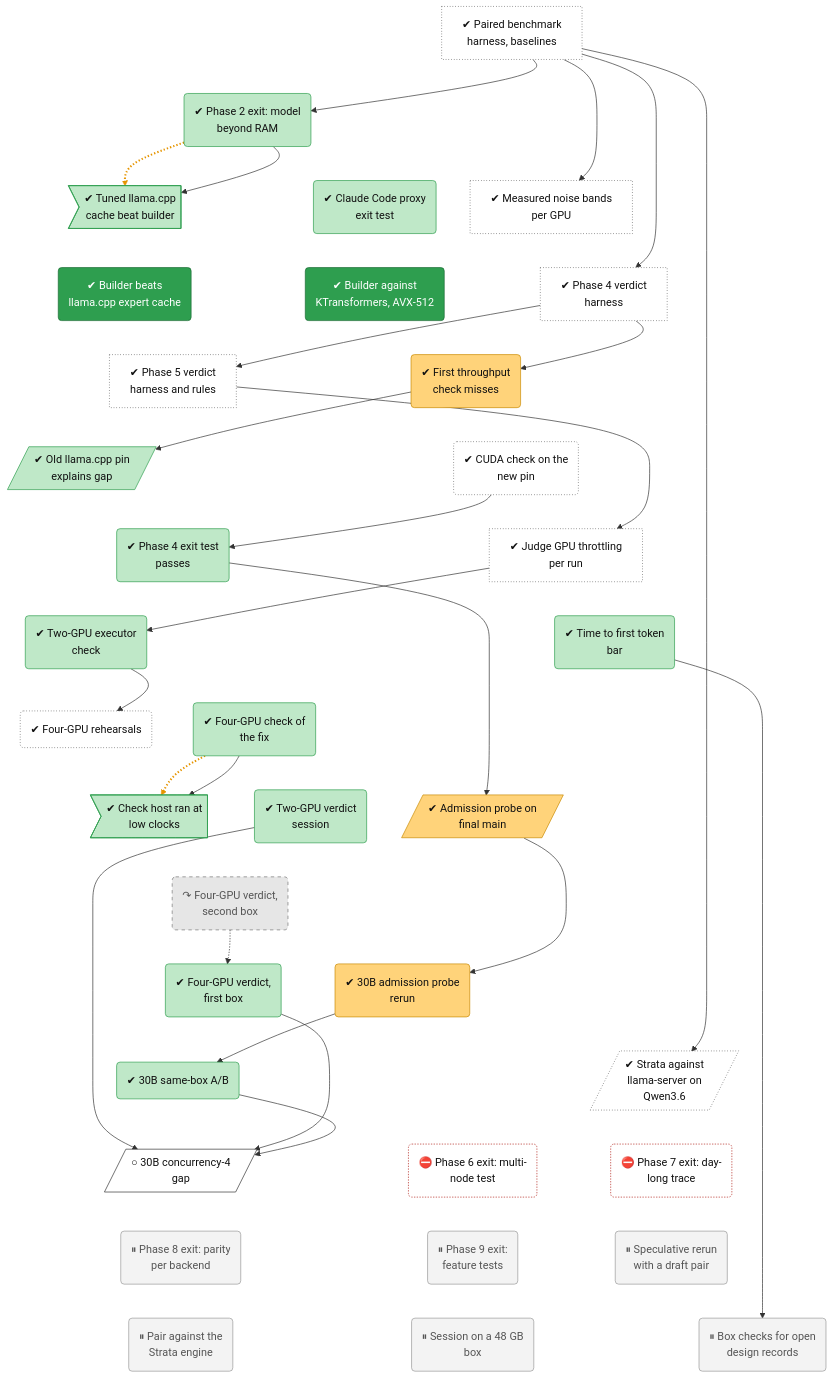
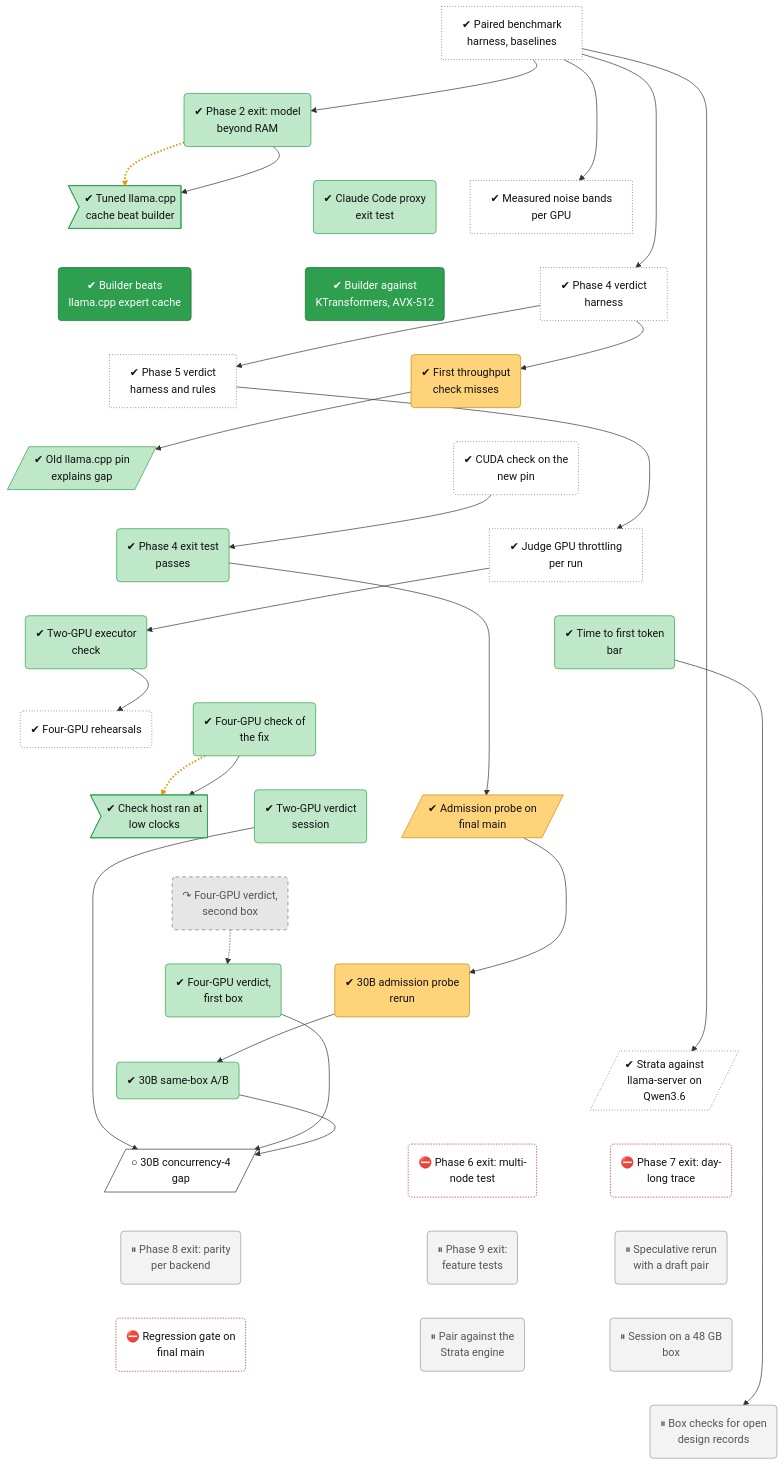
The diagram in docs/roadmap/tracks/bench.md (lhns/tetraeder), drawn with Mermaid before and after one commit. The commit also changed other lines of this file and 9 other files, not shown here.

````diff
--- a/docs/roadmap/tracks/bench.md
+++ b/docs/roadmap/tracks/bench.md
@@ -41,6 +41,7 @@
     bench_phase8_exit("⏸ Phase 8 exit: parity<br/>per backend")
     bench_phase9_exit("⏸ Phase 9 exit:<br/>feature tests")
     bench_spec_rerun("⏸ Speculative rerun<br/>with a draft pair")
+    bench_regression_gate("⛔ Regression gate on<br/>final main")
     bench_strata_pairing("⏸ Pair against the<br/>Strata engine")
     bench_d1_session("⏸ Session on a 48 GB<br/>box")
     bench_open_records("⏸ Box checks for open<br/>design records")
@@ -78,9 +79,12 @@
     bench_30b_c4_gap ~~~ bench_phase8_exit
     bench_phase6_exit ~~~ bench_phase9_exit
     bench_phase7_exit ~~~ bench_spec_rerun
-    bench_phase8_exit ~~~ bench_strata_pairing
-    bench_phase9_exit ~~~ bench_d1_session
-    bench_spec_rerun ~~~ bench_open_records
+    bench_phase8_exit ~~~ bench_regression_gate
+    bench_phase9_exit ~~~ bench_strata_pairing
+    bench_spec_rerun ~~~ bench_d1_session
+    bench_regression_gate ~~~ bench_open_records
+    bench_strata_pairing ~~~ bench_open_records
+    bench_d1_session ~~~ bench_open_records
     bench_harness --> bench_phase2_exit
     bench_phase2_exit -.-> bench_defect_tuned_cache
     bench_phase2_exit --> bench_defect_tuned_cache
@@ -104,7 +108,7 @@
     bench_v4a_verdict --> bench_30b_c4_gap
     bench_ab30b --> bench_30b_c4_gap
     bench_ttft --> bench_open_records
-    linkStyle 38,49 stroke:#e69500,stroke-width:3px,stroke-dasharray:2 3
+    linkStyle 41,52 stroke:#e69500,stroke-width:3px,stroke-dasharray:2 3
     classDef vsucc fill:#2e9e4f,stroke:#1b6b34,color:#fff
     classDef succ fill:#bfe8c8,stroke:#2e9e4f,color:#111
     classDef mixed fill:#ffd37a,stroke:#c98a00,color:#111
@@ -125,6 +129,6 @@
     class bench_d2a_rerun,bench_d2a_probe,bench_d2a_30b mixed
     class bench_v4b_verdict dead
     class bench_30b_c4_gap next
-    class bench_phase6_exit,bench_phase7_exit blocked
+    class bench_phase6_exit,bench_phase7_exit,bench_regression_gate blocked
     class bench_phase8_exit,bench_phase9_exit,bench_spec_rerun,bench_strata_pairing,bench_d1_session,bench_open_records parked
 ```
````
